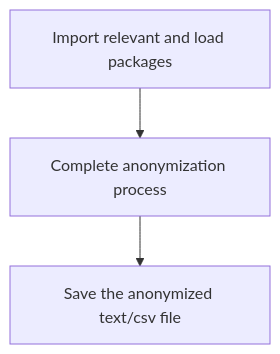
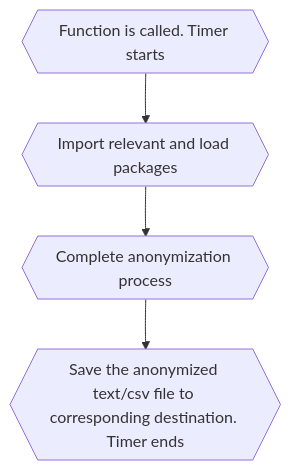
Before and after one commit to joeytxy/anonymization_tool: the second of 2 diagrams in README.md, drawn with Mermaid. The commit also changed other lines of this file, not shown here.

````diff
--- a/README.md
+++ b/README.md
@@ -218,5 +230,6 @@
 ```mermaid
 graph TD;
-    A[Import relevant and load packages]-->B[Complete anonymization process]; 
-    B-->C[Save the anonymized text/csv file];
+    A{{Function is called. Timer starts}} --> B{{Import relevant and load packages}};
+    B-->C{{Complete anonymization process}}; 
+    C-->D{{Save the anonymized text/csv file to corresponding destination. Timer ends}};
 ```
````
